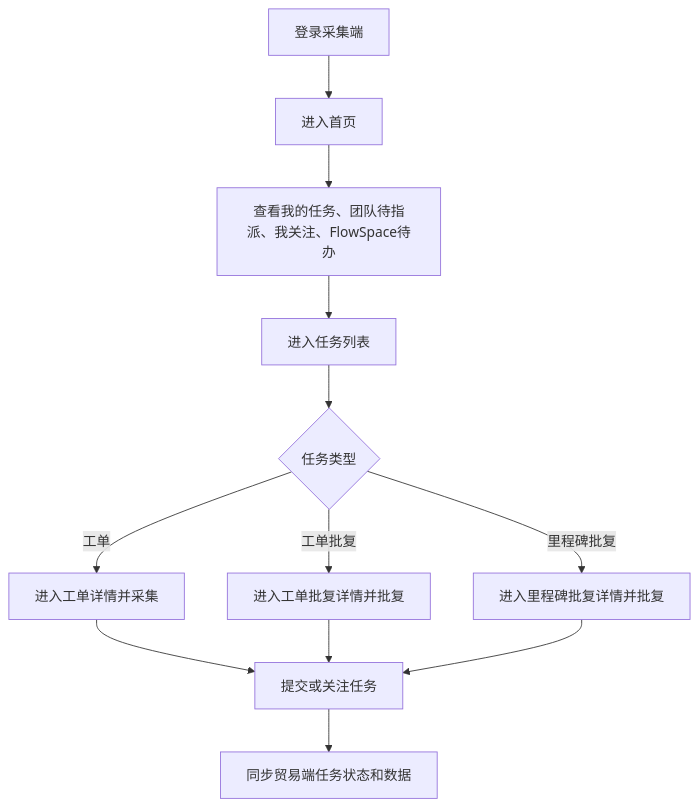
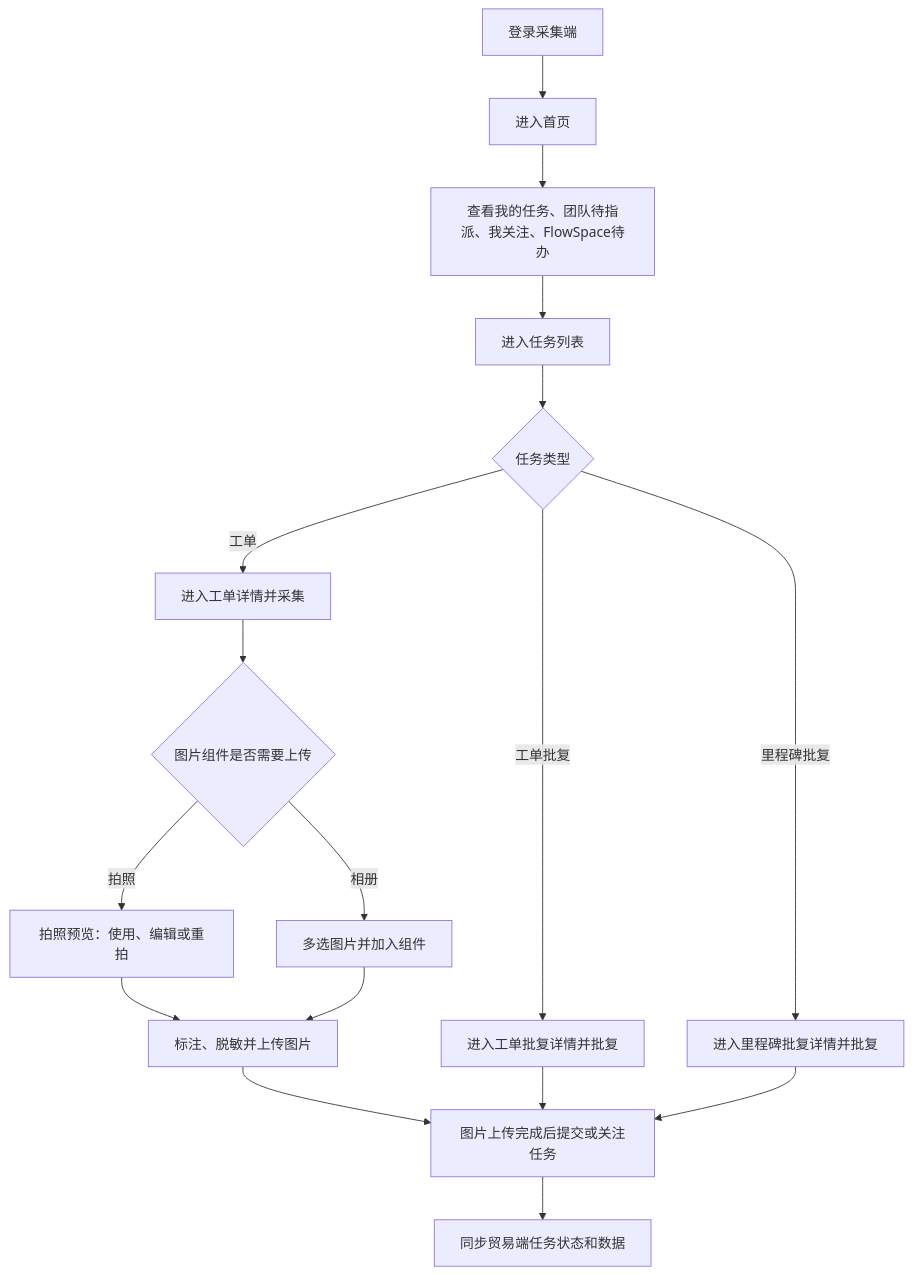
One commit to funlululu/linkincrease-pages changed the diagram in content/docs/30-业务流程与产品流程图/移动端采集.md. Above: the diagram before and after it, drawn with Mermaid. The commit also changed other lines of this file and 208 other files, not shown here.

````diff
--- a/content/docs/30-业务流程与产品流程图/移动端采集.md
+++ b/content/docs/30-业务流程与产品流程图/移动端采集.md
@@ -10,14 +10,19 @@
 ```mermaid
 flowchart TD
     A["登录采集端"] --> B["进入首页"]
     B --> C["查看我的任务、团队待指派、我关注、FlowSpace待办"]
     C --> D["进入任务列表"]
     D --> E{"任务类型"}
     E -->|工单| F["进入工单详情并采集"]
     E -->|工单批复| G["进入工单批复详情并批复"]
     E -->|里程碑批复| H["进入里程碑批复详情并批复"]
-    F --> I["提交或关注任务"]
+    F --> K{"图片组件是否需要上传"}
+    K -->|拍照| L["拍照预览：使用、编辑或重拍"]
+    K -->|相册| M["多选图片并加入组件"]
+    L --> N["标注、脱敏并上传图片"]
+    M --> N
+    N --> I["图片上传完成后提交或关注任务"]
     G --> I
     H --> I
     I --> J["同步贸易端任务状态和数据"]
 ```
````
